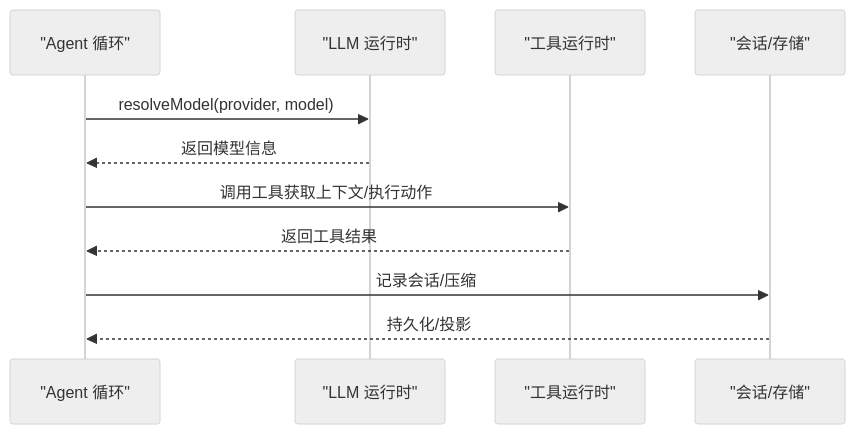
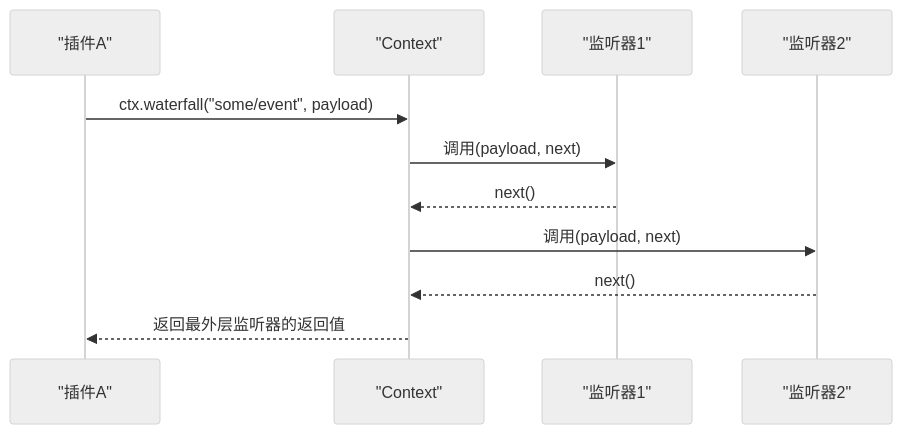
Before and after one commit to frendyxzc/deepseek-harness: the fifth of 7 diagrams in .qoder/repowiki/zh/content/架构设计/插件系统.md, drawn with Mermaid (neutral theme). The commit also changed other lines of this file and 448 other files, not shown here.

````diff
--- a/.qoder/repowiki/zh/content/架构设计/插件系统.md
+++ b/.qoder/repowiki/zh/content/架构设计/插件系统.md
@@ -230,13 +169,13 @@
 ```mermaid
 sequenceDiagram
-participant AL as "Agent 循环"
-participant LR as "LLM 运行时"
-participant TR as "工具运行时"
-participant SA as "会话/存储"
-AL->>LR : resolveModel(provider, model)
-LR-->>AL : 返回模型信息
-AL->>TR : 调用工具获取上下文/执行动作
-TR-->>AL : 返回工具结果
-AL->>SA : 记录会话/压缩
-SA-->>AL : 持久化/投影
+participant P as "插件A"
+participant C as "Context"
+participant L1 as "监听器1"
+participant L2 as "监听器2"
+P->>C : ctx.waterfall("some/event", payload)
+C->>L1 : 调用(payload, next)
+L1-->>C : next()
+C->>L2 : 调用(payload, next)
+L2-->>C : next()
+C-->>P : 返回最外层监听器的返回值
 ```
````
